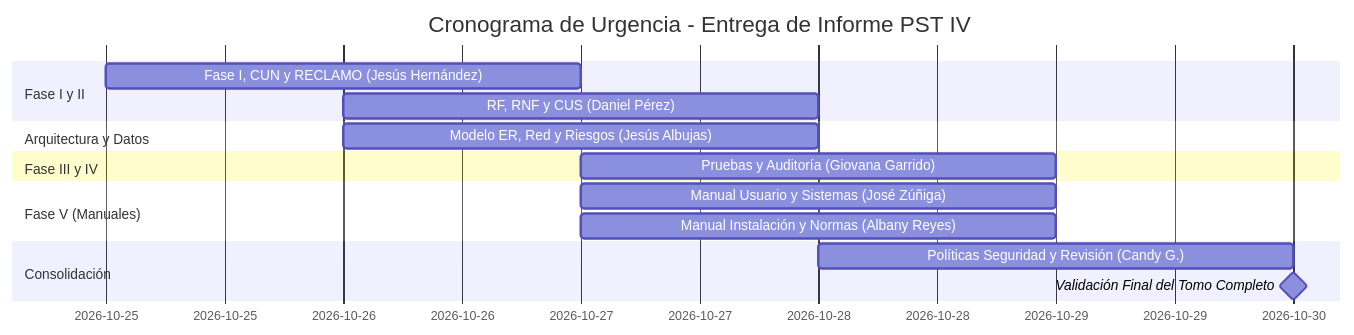
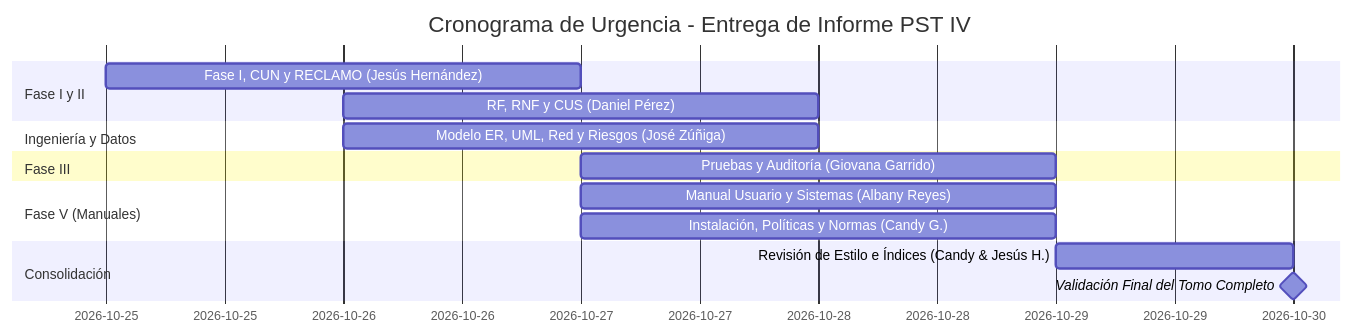
The diagram in docs/proyectos/pst-4-plan-de-trabajo.md (jesusalbujas/CONTROL-PST), drawn with Mermaid before and after one commit. The commit also changed other lines of this file, not shown here.

````diff
--- a/docs/proyectos/pst-4-plan-de-trabajo.md
+++ b/docs/proyectos/pst-4-plan-de-trabajo.md
@@ -130,18 +108,18 @@
 ```mermaid
 gantt
     title Cronograma de Urgencia - Entrega de Informe PST IV
     dateFormat  YYYY-MM-DD
     section Fase I y II
     Fase I, CUN y RECLAMO (Jesús Hernández)     :a1, 2026-10-25, 2026-10-27
     RF, RNF y CUS (Daniel Pérez)                :a2, 2026-10-26, 2026-10-28
-    section Arquitectura y Datos
-    Modelo ER, Red y Riesgos (Jesús Albujas)   :a3, 2026-10-26, 2026-10-28
-    section Fase III y IV
+    section Ingeniería y Datos
+    Modelo ER, UML, Red y Riesgos (José Zúñiga) :a3, 2026-10-26, 2026-10-28
+    section Fase III
     Pruebas y Auditoría (Giovana Garrido)       :a4, 2026-10-27, 2026-10-29
     section Fase V (Manuales)
-    Manual Usuario y Sistemas (José Zúñiga)     :a5, 2026-10-27, 2026-10-29
-    Manual Instalación y Normas (Albany Reyes)  :a6, 2026-10-27, 2026-10-29
+    Manual Usuario y Sistemas (Albany Reyes)    :a5, 2026-10-27, 2026-10-29
+    Instalación, Políticas y Normas (Candy G.)  :a6, 2026-10-27, 2026-10-29
     section Consolidación
-    Políticas Seguridad y Revisión (Candy G.)   :a7, 2026-10-28, 2026-10-30
+    Revisión de Estilo e Índices (Candy & Jesús H.):a7, 2026-10-29, 2026-10-30
     Validación Final del Tomo Completo          :milestone, 2026-10-30, 0d
 ```
````
